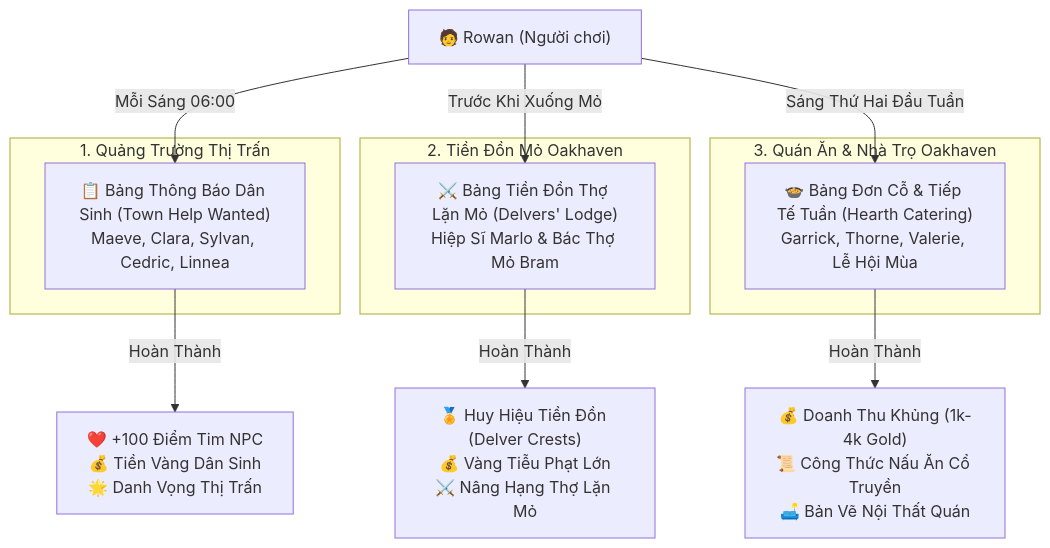
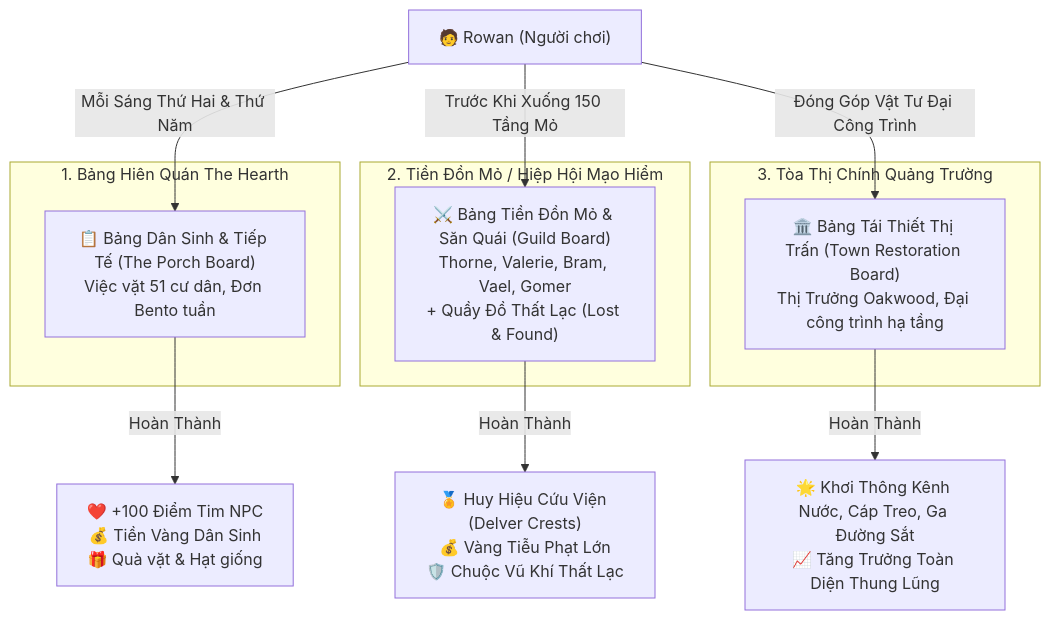
The diagram in docs/vi/quests-commissions-guide.md (mquand/rowan-of-oakhaven-wiki), drawn with Mermaid before and after one commit. The commit also changed other lines of this file and 3 other files, not shown here.

````diff
--- a/docs/vi/quests-commissions-guide.md
+++ b/docs/vi/quests-commissions-guide.md
@@ -9,24 +9,24 @@
 ```mermaid
 flowchart TD
     Player["🧑 Rowan (Người chơi)"]
     
-    subgraph S1["1. Quảng Trường Thị Trấn"]
-        Board1["📋 Bảng Thông Báo Dân Sinh (Town Help Wanted)<br/>Maeve, Clara, Sylvan, Cedric, Linnea"]
+    subgraph S1["1. Bảng Hiên Quán The Hearth"]
+        Board1["📋 Bảng Dân Sinh & Tiếp Tế (The Porch Board)<br/>Việc vặt 51 cư dân, Đơn Bento tuần"]
     end
 
-    subgraph S2["2. Tiền Đồn Mỏ Oakhaven"]
-        Board2["⚔️ Bảng Tiền Đồn Thợ Lặn Mỏ (Delvers' Lodge)<br/>Hiệp Sĩ Marlo & Bác Thợ Mỏ Bram"]
+    subgraph S2["2. Tiền Đồn Mỏ / Hiệp Hội Mạo Hiểm"]
+        Board2["⚔️ Bảng Tiền Đồn Mỏ & Săn Quái (Guild Board)<br/>Thorne, Valerie, Bram, Vael, Gomer<br/>+ Quầy Đồ Thất Lạc (Lost & Found)"]
     end
 
-    subgraph S3["3. Quán Ăn & Nhà Trọ Oakhaven"]
-        Board3["🍲 Bảng Đơn Cỗ & Tiếp Tế Tuần (Hearth Catering)<br/>Garrick, Thorne, Valerie, Lễ Hội Mùa"]
+    subgraph S3["3. Tòa Thị Chính Quảng Trường"]
+        Board3["🏛️ Bảng Tái Thiết Thị Trấn (Town Restoration Board)<br/>Thị Trưởng Oakwood, Đại công trình hạ tầng"]
     end
 
-    Player -->|Mỗi Sáng 06:00| Board1
-    Player -->|Trước Khi Xuống Mỏ| Board2
-    Player -->|Sáng Thứ Hai Đầu Tuần| Board3
+    Player -->|Mỗi Sáng Thứ Hai & Thứ Năm| Board1
+    Player -->|Trước Khi Xuống 150 Tầng Mỏ| Board2
+    Player -->|Đóng Góp Vật Tư Đại Công Trình| Board3
 
-    Board1 -->|Hoàn Thành| R1["❤️ +100 Điểm Tim NPC<br/>💰 Tiền Vàng Dân Sinh<br/>🌟 Danh Vọng Thị Trấn"]
-    Board2 -->|Hoàn Thành| R2["🏅 Huy Hiệu Tiền Đồn (Delver Crests)<br/>💰 Vàng Tiễu Phạt Lớn<br/>⚔️ Nâng Hạng Thợ Lặn Mỏ"]
-    Board3 -->|Hoàn Thành| R3["💰 Doanh Thu Khủng (1k-4k Gold)<br/>📜 Công Thức Nấu Ăn Cổ Truyền<br/>🛋️ Bản Vẽ Nội Thất Quán"]
+    Board1 -->|Hoàn Thành| R1["❤️ +100 Điểm Tim NPC<br/>💰 Tiền Vàng Dân Sinh<br/>🎁 Quà vặt & Hạt giống"]
+    Board2 -->|Hoàn Thành| R2["🏅 Huy Hiệu Cứu Viện (Delver Crests)<br/>💰 Vàng Tiễu Phạt Lớn<br/>🛡️ Chuộc Vũ Khí Thất Lạc"]
+    Board3 -->|Hoàn Thành| R3["🌟 Khơi Thông Kênh Nước, Cáp Treo, Ga Đường Sắt<br/>📈 Tăng Trưởng Toàn Diện Thung Lũng"]
 ```
````
